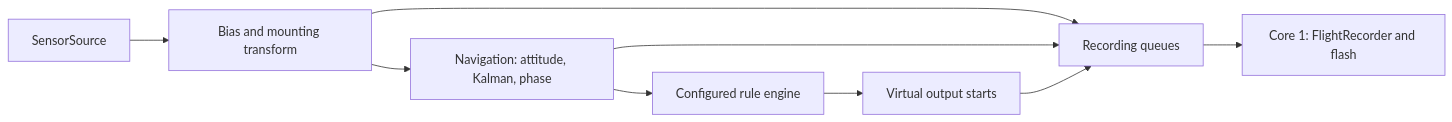
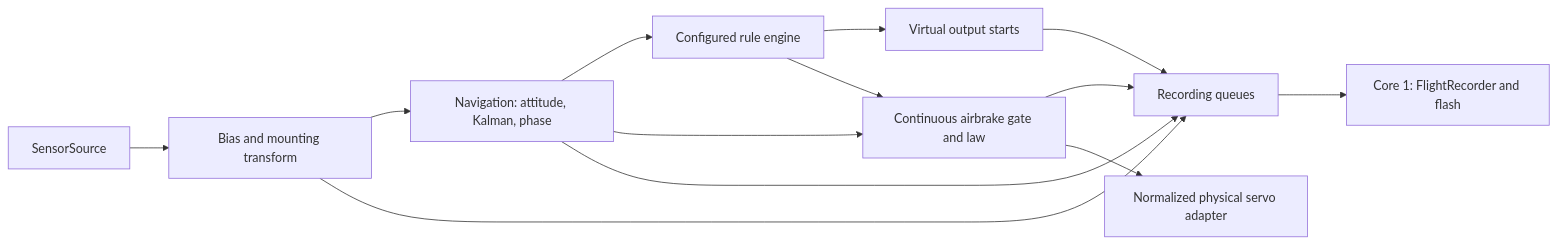
The diagram in docs/technical/ARCHITECTURE.md (rotellini9809/perpetual_code), drawn with Mermaid before and after one commit. The commit also changed other lines of this file and 90 other files, not shown here.

````diff
--- a/docs/technical/ARCHITECTURE.md
+++ b/docs/technical/ARCHITECTURE.md
@@ -26,11 +27,15 @@
 ```mermaid
 flowchart LR
     S[SensorSource] --> P[Bias and mounting transform]
     P --> N[Navigation: attitude, Kalman, phase]
     N --> R[Configured rule engine]
     R --> V[Virtual output starts]
+    N --> A[Continuous airbrake gate and law]
+    R --> A
+    A --> Q
+    A --> E[Normalized physical servo adapter]
     P --> Q[Recording queues]
     N --> Q
     V --> Q
     Q --> F[Core 1: FlightRecorder and flash]
 ```
````
